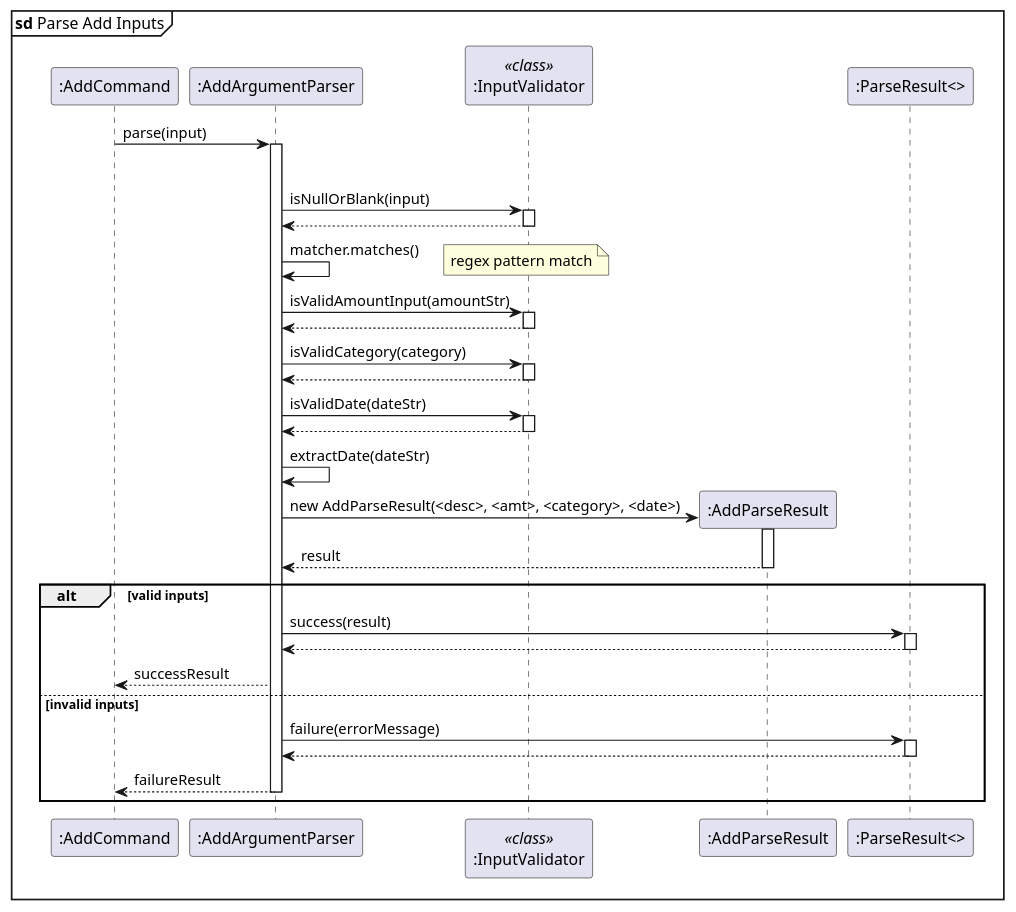
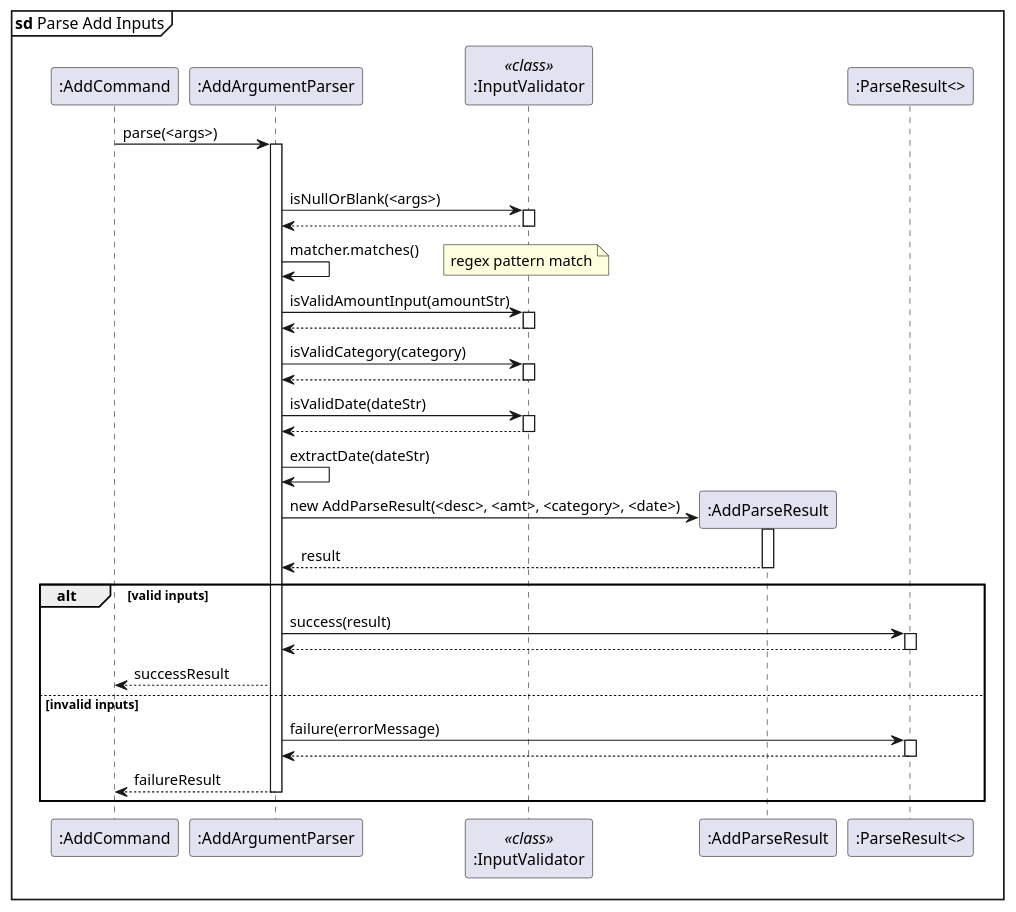
The diagram in docs/diagrams/sequence/add_parse.puml (randust/tp), drawn with PlantUML before and after one commit. The commit also changed 9 other files, not shown here.

Commit message:
added addcategory sequence diagram + renamed some stuff

```diff
--- a/docs/diagrams/sequence/add_parse.puml
+++ b/docs/diagrams/sequence/add_parse.puml
@@ -1,67 +1,67 @@
 @startuml add_parse
 
 mainframe **sd** Parse Add Inputs
 
 participant ":AddCommand" as AC
 participant ":AddArgumentParser" as parser
 participant ":InputValidator" as validator <<class>>
 
-AC -> parser: parse(input)
+AC -> parser: parse(<args>)
 activate parser
 
 alt valid inputs
-parser -> validator: isNullOrBlank(input)
+parser -> validator: isNullOrBlank(<args>)
 activate validator
 validator --> parser:
 deactivate validator
 
 parser -> parser: matcher.matches()
 note right: regex pattern match
 
     parser -> validator: isValidAmountInput(amountStr)
     activate validator
     validator --> parser
     deactivate validator
 
     parser -> validator: isValidCategory(category)
     activate validator
     validator --> parser:
     deactivate validator
 
     parser -> validator: isValidDate(dateStr)
     activate validator
     validator --> parser:
     deactivate validator
 
     parser -> parser: extractDate(dateStr)
 
     create ":AddParseResult" as APR
     parser -> APR: new AddParseResult(<desc>, <amt>, <category>, <date>)
     activate APR
     APR --> parser: result
     deactivate APR
     participant ":ParseResult<>" as PR
 
 alt valid inputs
     parser -> PR: success(result)
     activate PR
     PR --> parser:
     deactivate PR
 
     parser --> AC: successResult
 
 else invalid inputs
 
     parser -> PR: failure(errorMessage)
     activate PR
     PR --> parser:
     deactivate PR
 
     parser --> AC: failureResult
     deactivate parser
 
 end
 
 deactivate parser
 
 @enduml
```
